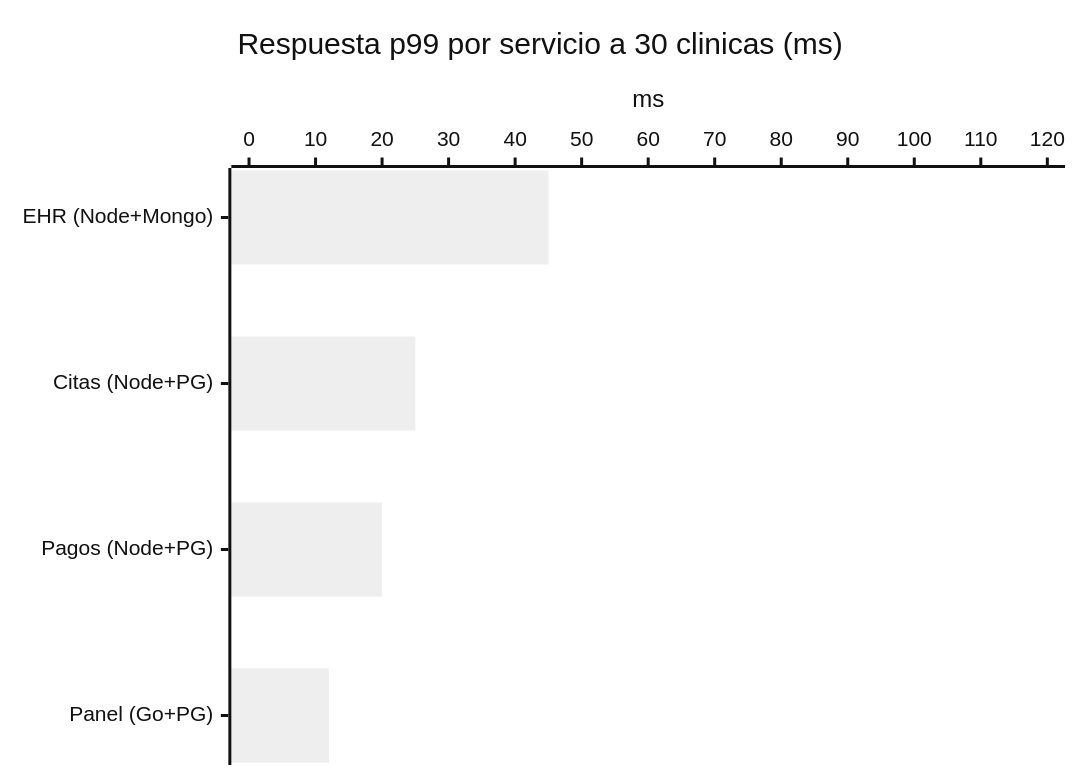
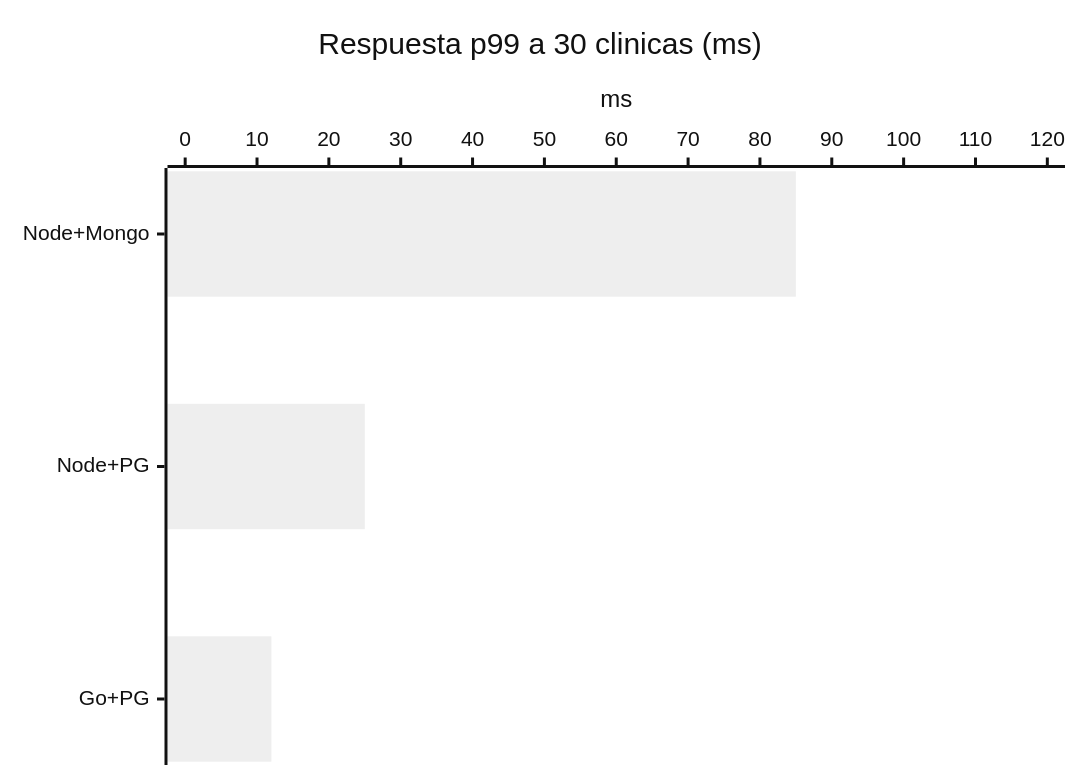
One commit to gmeono94/nua-salud-panel changed diagram 18 of 22 in README.md. Above: the diagram before and after it, drawn with Mermaid (neutral theme). The commit also changed other lines of this file, not shown here.

First line of the commit message:
docs: split architecture into 3 diagrams and strengthen Node.js vs Go justification

````diff
--- a/README.md
+++ b/README.md
@@ -866,7 +920,7 @@
 ```mermaid
 xychart-beta horizontal
-    title "Respuesta p99 por servicio a 30 clinicas (ms)"
-    x-axis ["EHR (Node+Mongo)", "Citas (Node+PG)", "Pagos (Node+PG)", "Panel (Go+PG)"]
+    title "Respuesta p99 a 30 clinicas (ms)"
+    x-axis ["Node+Mongo", "Node+PG", "Go+PG"]
     y-axis "ms" 0 --> 120
-    bar [45, 25, 20, 12]
+    bar [85, 25, 12]
 ```
````
